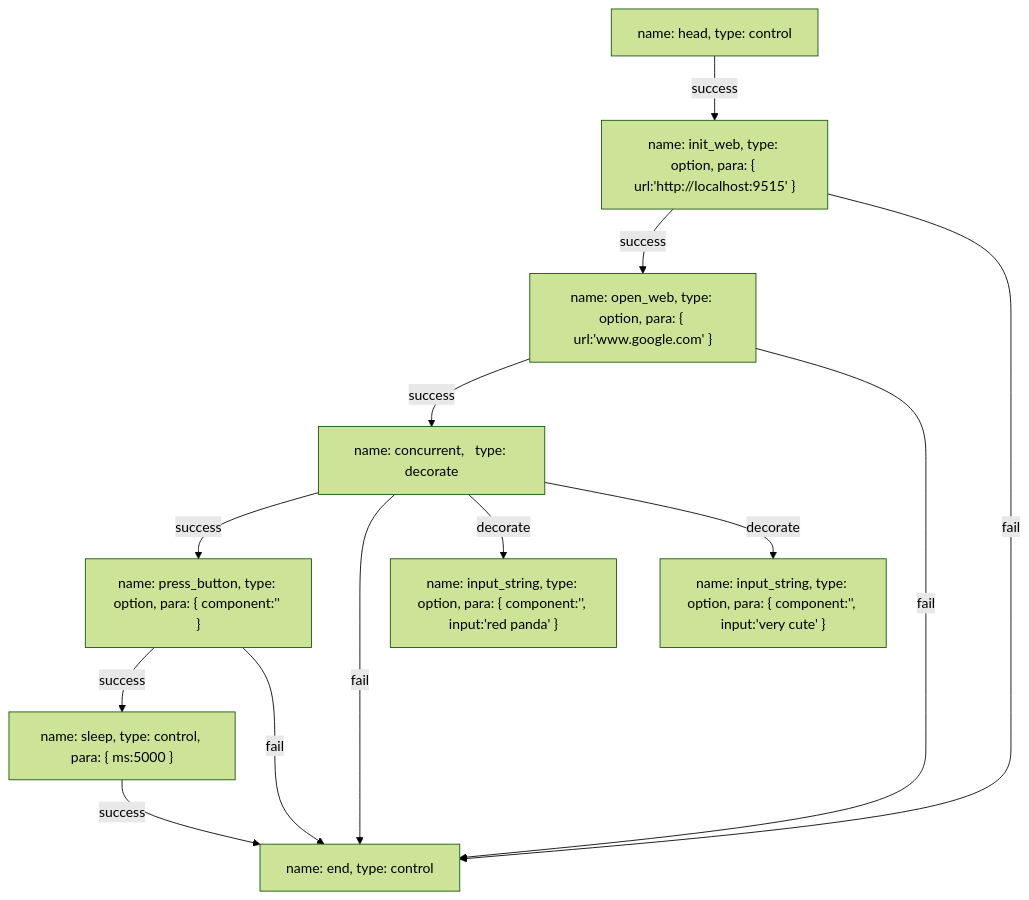
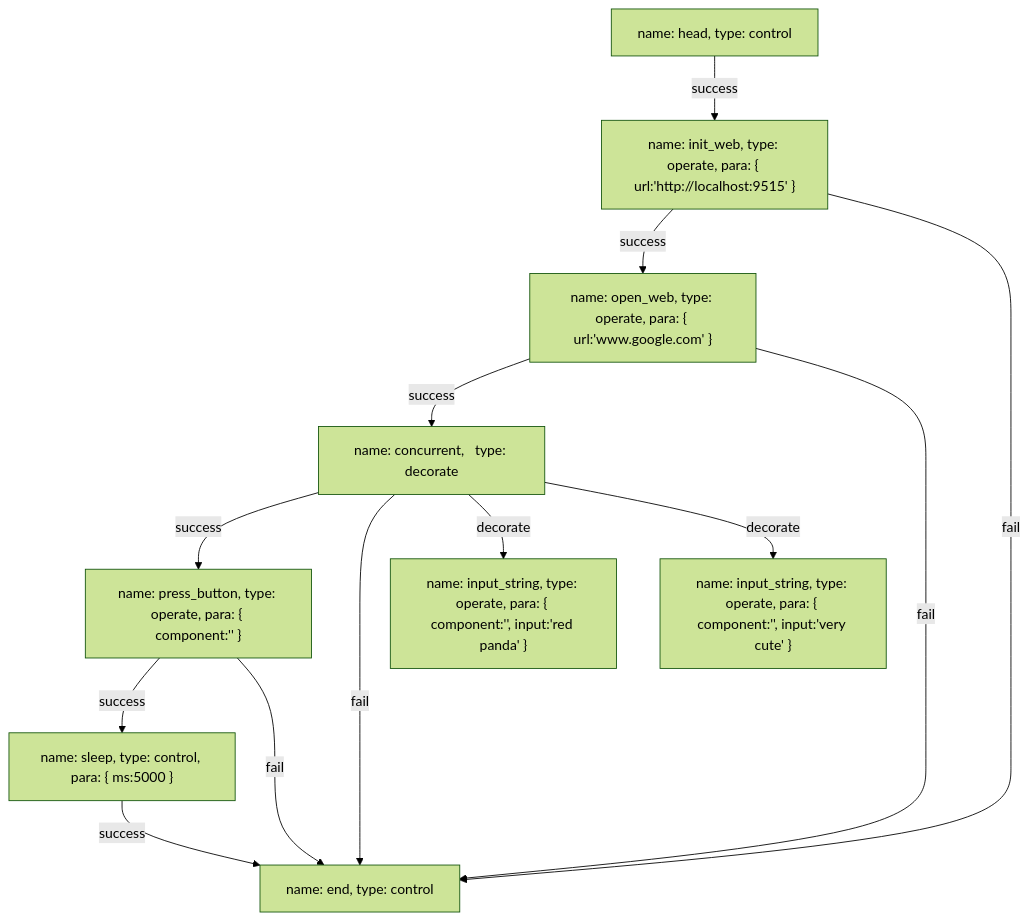
One commit to Zhenyu184/mashu changed the diagram in plugins/simple_google_search.mmd. Above: the diagram before and after it, drawn with Mermaid (forest theme). The commit also changed 2 other files, not shown here.

```diff
--- a/plugins/simple_google_search.mmd
+++ b/plugins/simple_google_search.mmd
@@ -1,25 +1,25 @@
 flowchart TD
     ct001["name: head,  type: control"]
     ct002["name: end,   type: control"]
     ct003["name: sleep, type: control, para: { ms:5000 }"]
-    op001["name: init_web, type: option, para: { url:'http://localhost:9515' }"]
-    op002["name: open_web, type: option, para: { url:'www.google.com' }"]
+    op001["name: init_web, type: operate, para: { url:'http://localhost:9515' }"]
+    op002["name: open_web, type: operate, para: { url:'www.google.com' }"]
     de001["name: concurrent,   type: decorate"] 
-    op003["name: input_string, type: option, para: { component:'', input:'red panda' }"]
-    op004["name: input_string, type: option, para: { component:'', input:'very cute' }"]
-    op005["name: press_button, type: option, para: { component:'' }"]
+    op003["name: input_string, type: operate, para: { component:'', input:'red panda' }"]
+    op004["name: input_string, type: operate, para: { component:'', input:'very cute' }"]
+    op005["name: press_button, type: operate, para: { component:'' }"]
 
     ct001 -->|success| op001
     op001 -->|success| op002
     op002 -->|success| de001
     op005 -->|success| ct003
     ct003 -->|success| ct002
     de001 -->|success| op005
 
     op001 -->|fail| ct002
     op002 -->|fail| ct002
     op005 -->|fail| ct002
     de001 -->|fail| ct002
 
     de001 -->|decorate| op003
     de001 -->|decorate| op004
```
